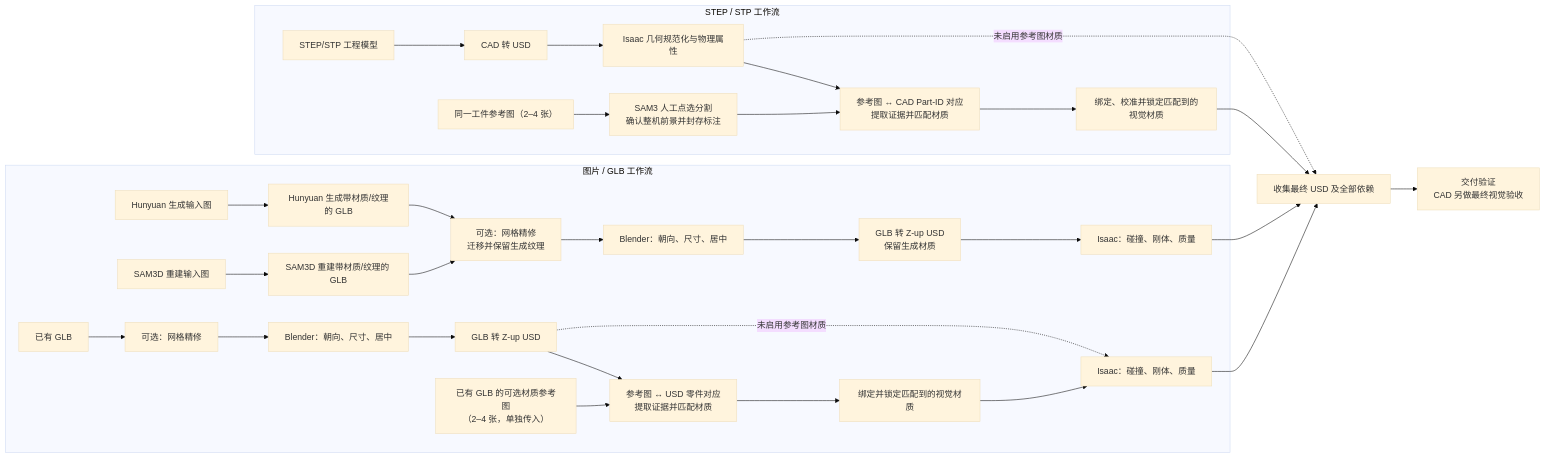
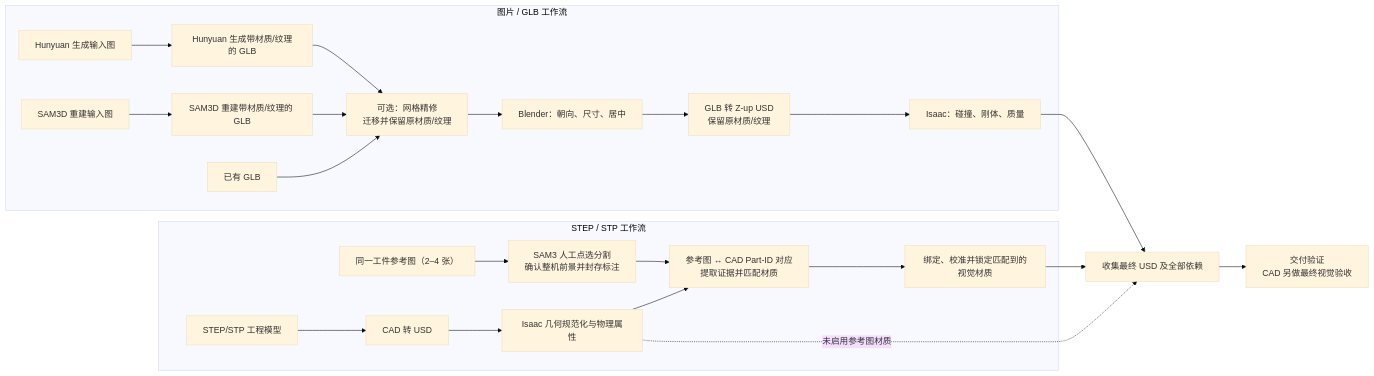
One commit to xia13111-coder/hunyuan_creation_pipeline changed the diagram in docs/assets/diagrams/pipeline-flow.zh.mmd. Above: the diagram before and after it, drawn with Mermaid (base theme). The commit also changed 5 other files, not shown here.

```diff
--- a/docs/assets/diagrams/pipeline-flow.zh.mmd
+++ b/docs/assets/diagrams/pipeline-flow.zh.mmd
@@ -1,36 +1,26 @@
 flowchart LR
     subgraph GLB[图片 / GLB 工作流]
         H[Hunyuan 生成输入图] --> HG[Hunyuan 生成带材质/纹理的 GLB]
-        HG --> HR[可选：网格精修<br/>迁移并保留生成纹理]
-        HR --> HB[Blender：朝向、尺寸、居中]
-        HB --> HU[GLB 转 Z-up USD<br/>保留生成材质]
         S[SAM3D 重建输入图] --> SG[SAM3D 重建带材质/纹理的 GLB]
-        SG --> HR
         E[已有 GLB]
-        E --> R[可选：网格精修]
+        HG --> R[可选：网格精修<br/>迁移并保留原材质/纹理]
+        SG --> R
+        E --> R
         R --> B[Blender：朝向、尺寸、居中]
-        B --> U[GLB 转 Z-up USD]
-
-        GVI[已有 GLB 的可选材质参考图<br/>（2–4 张，单独传入）]
-        U --> GM[参考图 ↔ USD 零件对应<br/>提取证据并匹配材质]
-        GVI --> GM
-        GM --> GA[绑定并锁定匹配到的视觉材质]
-        GA --> GP[Isaac：碰撞、刚体、质量]
-        U -. 未启用参考图材质 .-> GP
-        HU --> HP[Isaac：碰撞、刚体、质量]
+        B --> U[GLB 转 Z-up USD<br/>保留原材质/纹理]
+        U --> P[Isaac：碰撞、刚体、质量]
     end
 
     subgraph CAD[STEP / STP 工作流]
         C[STEP/STP 工程模型] --> CU[CAD 转 USD]
         CU --> CP[Isaac 几何规范化与物理属性]
         VI[同一工件参考图（2–4 张）] --> SM[SAM3 人工点选分割<br/>确认整机前景并封存标注]
         SM --> CM[参考图 ↔ CAD Part-ID 对应<br/>提取证据并匹配材质]
         CP --> CM
         CM --> CA[绑定、校准并锁定匹配到的视觉材质]
     end
 
-    HP --> F[收集最终 USD 及全部依赖]
-    GP --> F
+    P --> F[收集最终 USD 及全部依赖]
     CA --> F
     CP -. 未启用参考图材质 .-> F
     F --> V[交付验证<br/>CAD 另做最终视觉验收]
```
